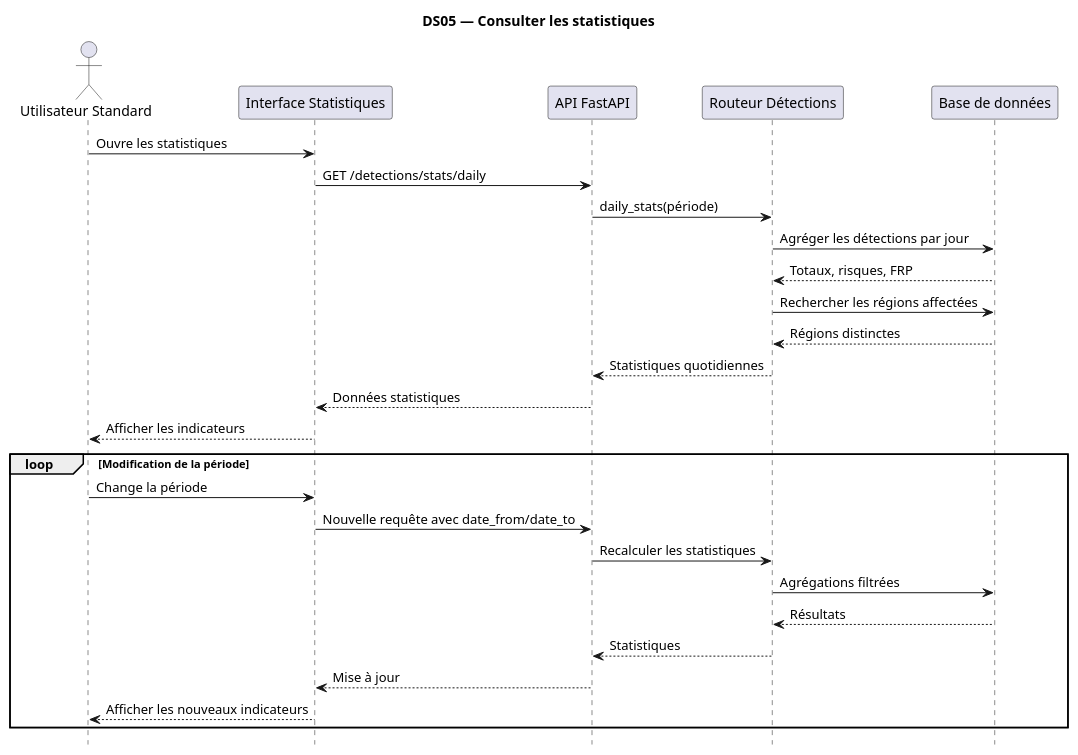
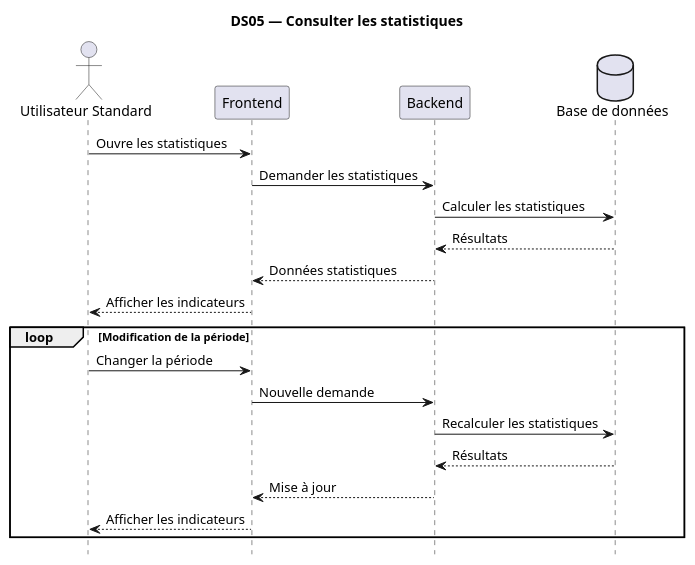
Before and after one commit to TkAbeleon/NoteAcemiqueProjetSoutenanceL3: the diagram in UML_JeryMotro/DS05_Consulter_statistiques.plantuml, drawn with PlantUML.

Commit message:
Alléger DS05 avec les couches principales

```diff
--- a/UML_JeryMotro/DS05_Consulter_statistiques.plantuml
+++ b/UML_JeryMotro/DS05_Consulter_statistiques.plantuml
@@ -1,35 +1,28 @@
 @startuml
 
 title DS05 — Consulter les statistiques
 hide footbox
 skinparam shadowing false
 
 actor "Utilisateur Standard" as U
-participant "Interface Statistiques" as I
-participant "API FastAPI" as API
-participant "Routeur Détections" as D
-participant "Base de données" as DB
+participant "Frontend" as F
+participant "Backend" as B
+database "Base de données" as DB
 
-U -> I : Ouvre les statistiques
-I -> API : GET /detections/stats/daily
-API -> D : daily_stats(période)
-D -> DB : Agréger les détections par jour
-DB --> D : Totaux, risques, FRP
-D -> DB : Rechercher les régions affectées
-DB --> D : Régions distinctes
-D --> API : Statistiques quotidiennes
-API --> I : Données statistiques
-I --> U : Afficher les indicateurs
+U -> F : Ouvre les statistiques
+F -> B : Demander les statistiques
+B -> DB : Calculer les statistiques
+DB --> B : Résultats
+B --> F : Données statistiques
+F --> U : Afficher les indicateurs
 
 loop Modification de la période
-    U -> I : Change la période
-    I -> API : Nouvelle requête avec date_from/date_to
-    API -> D : Recalculer les statistiques
-    D -> DB : Agrégations filtrées
-    DB --> D : Résultats
-    D --> API : Statistiques
-    API --> I : Mise à jour
-    I --> U : Afficher les nouveaux indicateurs
+    U -> F : Changer la période
+    F -> B : Nouvelle demande
+    B -> DB : Recalculer les statistiques
+    DB --> B : Résultats
+    B --> F : Mise à jour
+    F --> U : Afficher les indicateurs
 end
 
 @enduml
```
